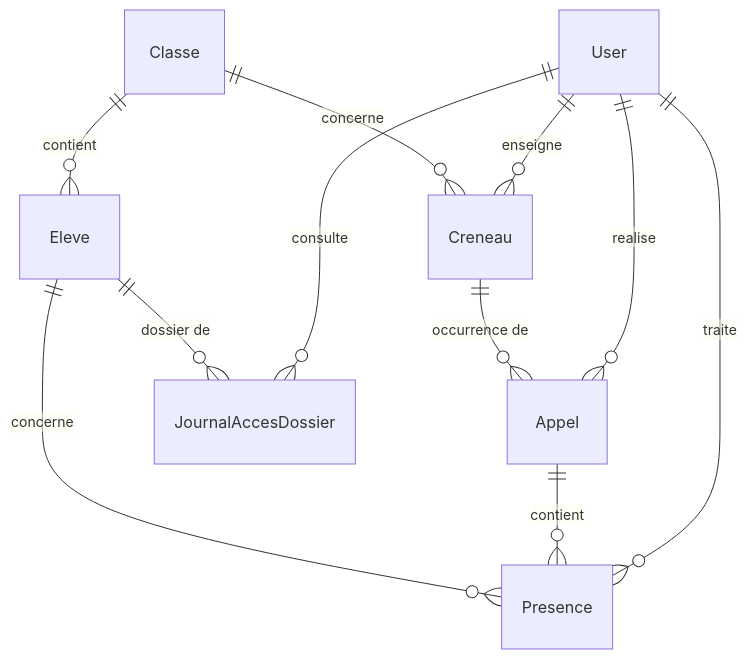
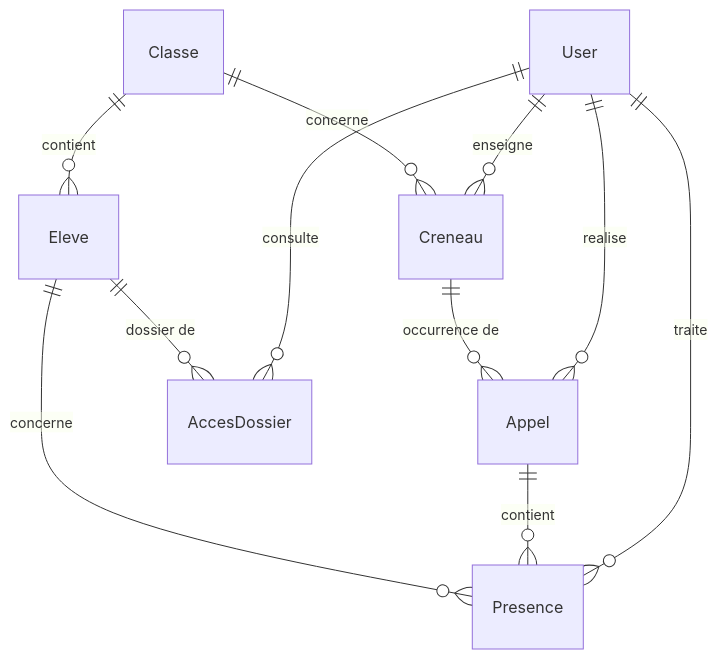
Before and after one commit to MutedByTinnitus/assiduo: the diagram in docs/modele-de-donnees.md, drawn with Mermaid. The commit also changed other lines of this file and 22 other files, not shown here.

````diff
--- a/docs/modele-de-donnees.md
+++ b/docs/modele-de-donnees.md
@@ -59,13 +68,13 @@
 ```mermaid
 erDiagram
     User ||--o{ Creneau : enseigne
     User ||--o{ Appel : realise
     User ||--o{ Presence : traite
-    User ||--o{ JournalAccesDossier : consulte
+    User ||--o{ AccesDossier : consulte
     Classe ||--o{ Eleve : contient
     Classe ||--o{ Creneau : concerne
     Creneau ||--o{ Appel : "occurrence de"
     Appel ||--o{ Presence : contient
     Eleve ||--o{ Presence : concerne
-    Eleve ||--o{ JournalAccesDossier : "dossier de"
+    Eleve ||--o{ AccesDossier : "dossier de"
 ```
````
